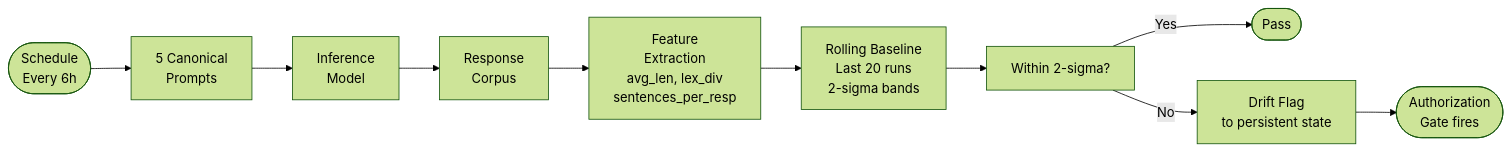
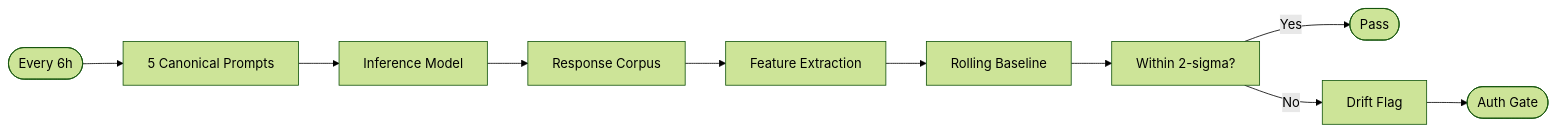
The diagram in src/content/research/bdd-persona-drift.mdx (CyberdaemonAI/cyberdaemon-site), drawn with Mermaid (forest theme) before and after one commit. The commit also changed other lines of this file and 10 other files, not shown here.

First line of the commit message:
fix(content): mermaid single-line labels, lint clean, workflow auth

````diff
--- a/src/content/research/bdd-persona-drift.mdx
+++ b/src/content/research/bdd-persona-drift.mdx
@@ -92,12 +92,12 @@
 ```mermaid
 flowchart LR
-    A(["Schedule\nEvery 6h"]) --> B["5 Canonical\nPrompts"]
-    B --> C["Inference\nModel"]
-    C --> D["Response\nCorpus"]
-    D --> E["Feature\nExtraction\navg_len, lex_div\nsentences_per_resp"]
-    E --> F["Rolling Baseline\nLast 20 runs\n2-sigma bands"]
+    A([Every 6h]) --> B[5 Canonical Prompts]
+    B --> C[Inference Model]
+    C --> D[Response Corpus]
+    D --> E[Feature Extraction]
+    E --> F[Rolling Baseline]
     F --> G[Within 2-sigma?]
     G -->|Yes| H([Pass])
-    G -->|No| I["Drift Flag\nto persistent state"]
-    I --> J(["Authorization\nGate fires"])
+    G -->|No| I[Drift Flag]
+    I --> J([Auth Gate])
 ```
````
